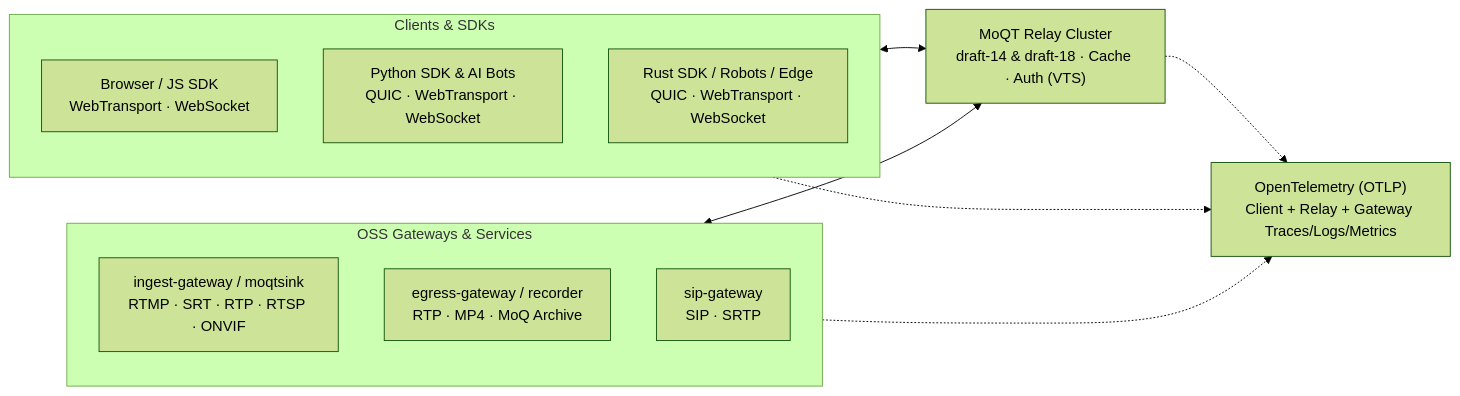
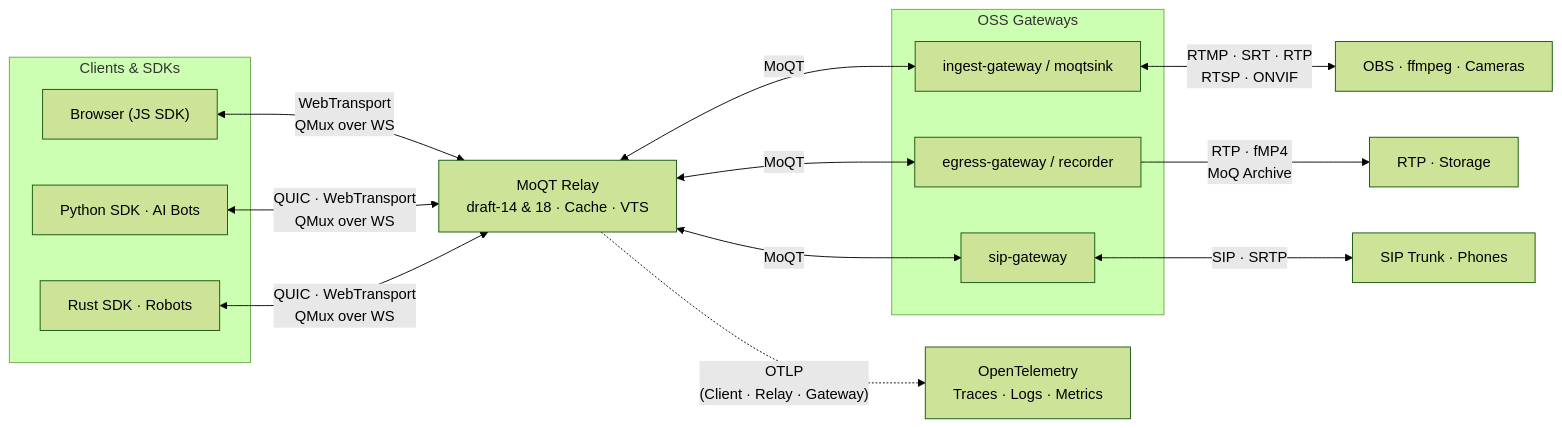
One commit to nttcom/moq-wasm changed the diagram in README.md. Above: the diagram before and after it, drawn with Mermaid (forest theme).

Commit message:
docs: move protocols onto arrows in README architecture diagram (#1992)

````diff
--- a/README.md
+++ b/README.md
@@ -24,23 +24,35 @@
 ```mermaid
 flowchart LR
     subgraph Clients["Clients & SDKs"]
-        JS["Browser / JS SDK<br/>WebTransport · WebSocket"]
-        PY["Python SDK & AI Bots<br/>QUIC · WebTransport · WebSocket"]
-        RS["Rust SDK / Robots / Edge<br/>QUIC · WebTransport · WebSocket"]
+        JS["Browser (JS SDK)"]
+        PY["Python SDK · AI Bots"]
+        RS["Rust SDK · Robots"]
     end
 
-    subgraph Gateways["OSS Gateways & Services"]
-        IN["ingest-gateway / moqtsink<br/>RTMP · SRT · RTP · RTSP · ONVIF"]
-        OUT["egress-gateway / recorder<br/>RTP · MP4 · MoQ Archive"]
-        SIP["sip-gateway<br/>SIP · SRTP"]
+    RELAY["MoQT Relay<br/>draft-14 & 18 · Cache · VTS"]
+
+    subgraph Gateways["OSS Gateways"]
+        IN["ingest-gateway / moqtsink"]
+        OUT["egress-gateway / recorder"]
+        SIP["sip-gateway"]
     end
 
-    RELAY["MoQT Relay Cluster<br/>draft-14 & draft-18 · Cache · Auth (VTS)"]
-    OTEL["OpenTelemetry (OTLP)<br/>Client + Relay + Gateway Traces/Logs/Metrics"]
+    EXT_IN["OBS · ffmpeg · Cameras"]
+    EXT_OUT["RTP · Storage"]
+    EXT_SIP["SIP Trunk · Phones"]
+    OTEL["OpenTelemetry<br/>Traces · Logs · Metrics"]
 
-    Clients <--> RELAY
-    Gateways <--> RELAY
-    Clients -.-> OTEL
-    RELAY -.-> OTEL
-    Gateways -.-> OTEL
+    JS <-->|"WebTransport<br/>QMux over WS"| RELAY
+    PY <-->|"QUIC · WebTransport<br/>QMux over WS"| RELAY
+    RS <-->|"QUIC · WebTransport<br/>QMux over WS"| RELAY
+
+    RELAY <-->|"MoQT"| IN
+    RELAY <-->|"MoQT"| OUT
+    RELAY <-->|"MoQT"| SIP
+
+    IN <-->|"RTMP · SRT · RTP<br/>RTSP · ONVIF"| EXT_IN
+    OUT -->|"RTP · fMP4<br/>MoQ Archive"| EXT_OUT
+    SIP <-->|"SIP · SRTP"| EXT_SIP
+
+    RELAY -.->|"OTLP<br/>(Client · Relay · Gateway)"| OTEL
 ```
````
